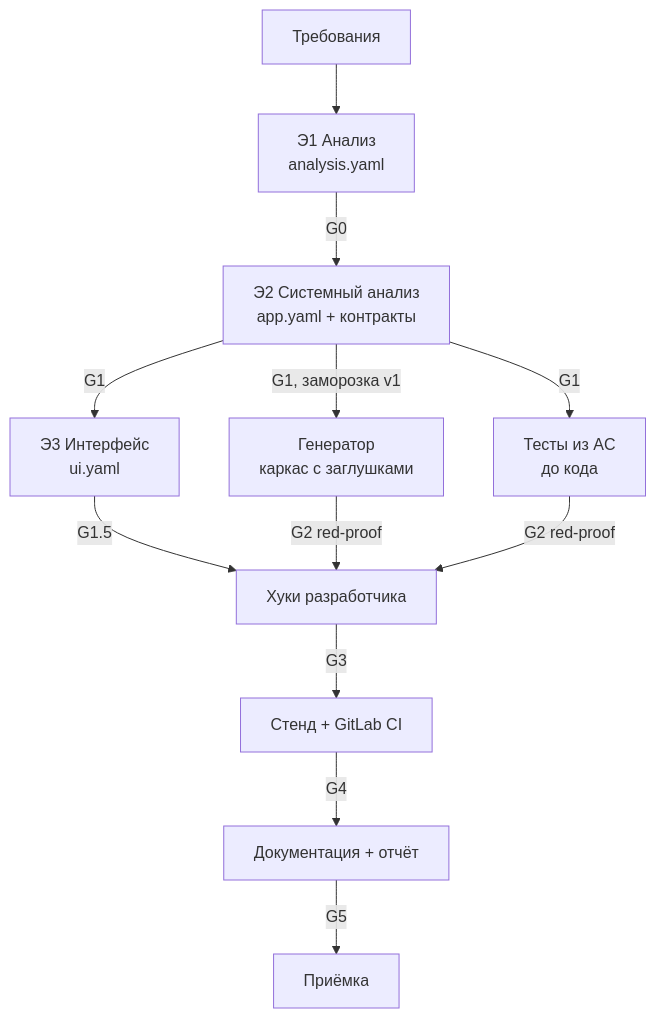
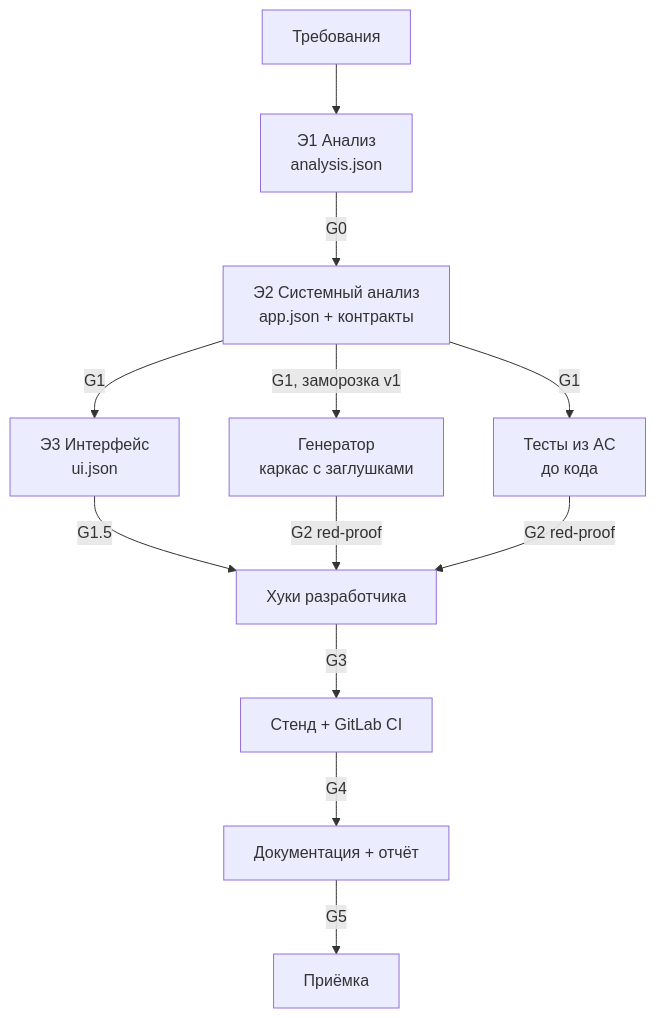
Before and after one commit to a-romash/rwb-ai-hack: the second of 2 diagrams in docs/architecture-v2.md, drawn with Mermaid. The commit also changed other lines of this file and 28 other files, not shown here.

````diff
--- a/docs/architecture-v2.md
+++ b/docs/architecture-v2.md
@@ -37,12 +37,12 @@
 ```mermaid
 flowchart TB
-  req["Требования"] --> e1["Э1 Анализ<br/>analysis.yaml"] -->|G0| e2["Э2 Системный анализ<br/>app.yaml + контракты"]
+  req["Требования"] --> e1["Э1 Анализ<br/>analysis.json"] -->|G0| e2["Э2 Системный анализ<br/>app.json + контракты"]
   e2 -->|"G1, заморозка v1"| gen["Генератор<br/>каркас с заглушками"]
-  e2 -->|G1| e3["Э3 Интерфейс<br/>ui.yaml"]
+  e2 -->|G1| e3["Э3 Интерфейс<br/>ui.json"]
   e2 -->|G1| tests["Тесты из AC<br/>до кода"]
   e3 -->|G1.5| dev
   gen & tests -->|G2 red-proof| dev["Хуки разработчика"]
   dev -->|G3| ci["Стенд + GitLab CI"]
   ci -->|G4| docs["Документация + отчёт"]
   docs -->|G5| done["Приёмка"]
 ```
````
